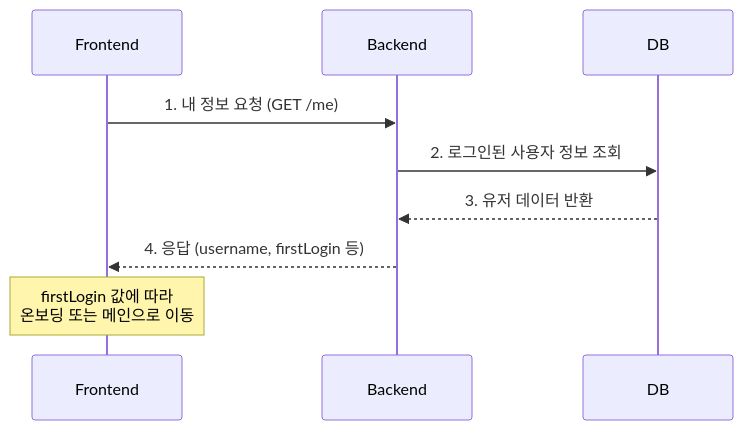
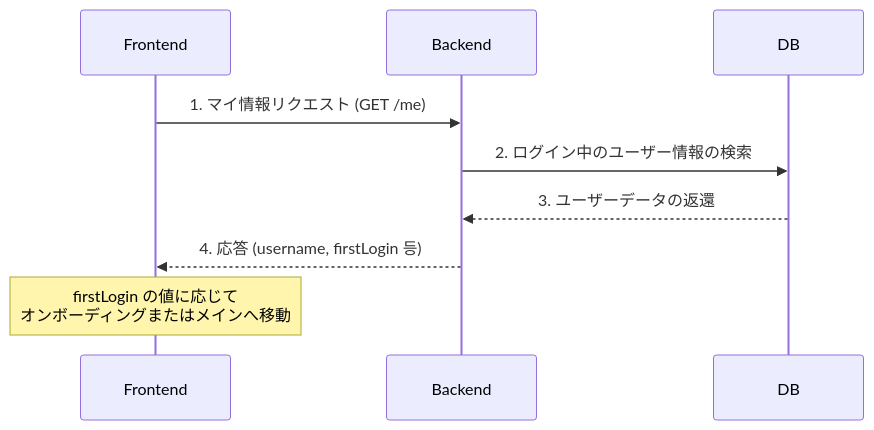
Before and after one commit to You-HyunHo/ani-frontend: the third of 10 diagrams in README_img/SEQUENCE.md, drawn with Mermaid. The commit also changed other lines of this file, not shown here.

````diff
--- a/README_img/SEQUENCE.md
+++ b/README_img/SEQUENCE.md
@@ -32,12 +32,12 @@
 ```mermaid
 sequenceDiagram
     participant FE as Frontend 
     participant BE as Backend 
     participant DB 
 
-    FE->>BE: 1. 내 정보 요청 (GET /me)
-    BE->>DB: 2. 로그인된 사용자 정보 조회
-    DB-->>BE: 3. 유저 데이터 반환
-    BE-->>FE: 4. 응답 (username, firstLogin 등)
-    Note over FE: firstLogin 값에 따라<br/>온보딩 또는 메인으로 이동
+    FE->>BE: 1. マイ情報リクエスト (GET /me)
+    BE->>DB: 2. ログイン中のユーザー情報の検索
+    DB-->>BE: 3. ユーザーデータの返還
+    BE-->>FE: 4. 応答 (username, firstLogin 등)
+    Note over FE: firstLogin の値に応じて<br/>オンボーディングまたはメインへ移動
 ```
````
